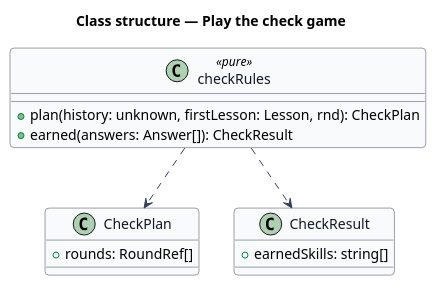
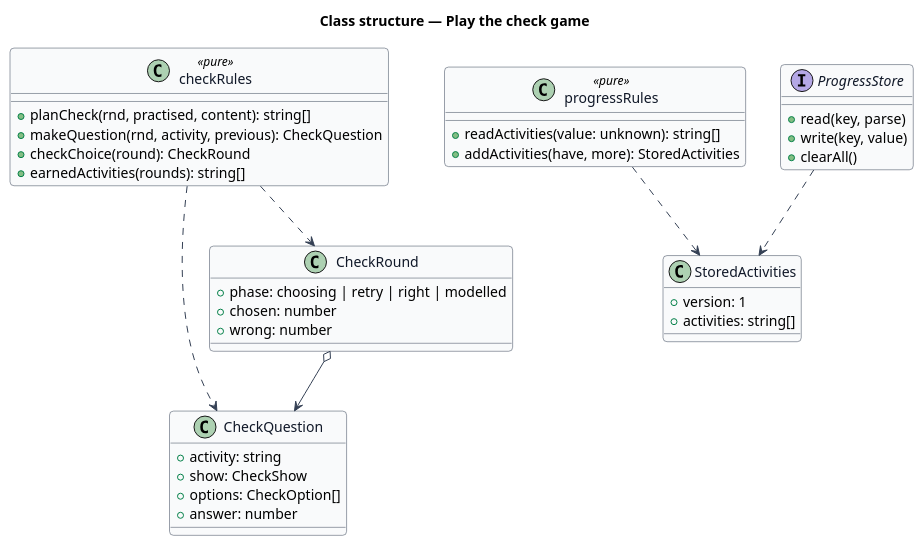
The diagram in docs/detailed-designs/lessons/check-game/diagrams/class.puml (QuinntyneBrown/pibbo), drawn with PlantUML before and after one commit. The commit also changed 34 other files, not shown here.

```diff
--- a/docs/detailed-designs/lessons/check-game/diagrams/class.puml
+++ b/docs/detailed-designs/lessons/check-game/diagrams/class.puml
@@ -1,26 +1,49 @@
 @startuml
 skinparam backgroundColor #FFFFFF
 skinparam shadowing false
 skinparam roundcorner 8
 skinparam defaultFontName Arial
 skinparam ArrowColor #344054
 skinparam class {
   BorderColor #344054
   FontColor #101828
   BackgroundColor #F9FAFB
 }
 title Class structure — Play the check game
 
-class CheckPlan {
-  +rounds: RoundRef[]
+class CheckQuestion {
+  +activity: string
+  +show: CheckShow
+  +options: CheckOption[]
+  +answer: number
 }
-class CheckResult {
-  +earnedSkills: string[]
+class CheckRound {
+  +phase: choosing | retry | right | modelled
+  +chosen: number
+  +wrong: number
+}
+class StoredActivities {
+  +version: 1
+  +activities: string[]
 }
 class checkRules <<pure>> {
-  +plan(history: unknown, firstLesson: Lesson, rnd): CheckPlan
-  +earned(answers: Answer[]): CheckResult
+  +planCheck(rnd, practised, content): string[]
+  +makeQuestion(rnd, activity, previous): CheckQuestion
+  +checkChoice(round): CheckRound
+  +earnedActivities(rounds): string[]
 }
-checkRules ..> CheckPlan
-checkRules ..> CheckResult
+class progressRules <<pure>> {
+  +readActivities(value: unknown): string[]
+  +addActivities(have, more): StoredActivities
+}
+interface ProgressStore {
+  +read(key, parse)
+  +write(key, value)
+  +clearAll()
+}
+checkRules ..> CheckQuestion
+checkRules ..> CheckRound
+CheckRound o--> CheckQuestion
+progressRules ..> StoredActivities
+ProgressStore ..> StoredActivities
 @enduml
```
